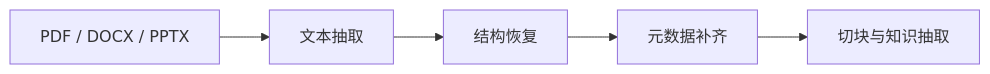
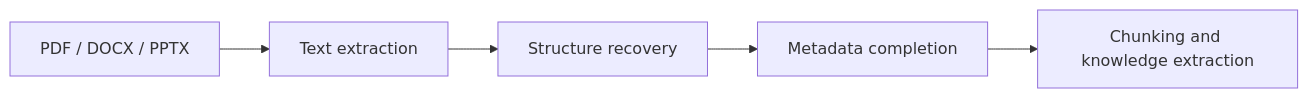
The diagram in docs/ch08-rag/ch03-app-dev/07-document-parsing.md (oudbiao/AI-fullstack-course), drawn with Mermaid before and after one commit. The commit also changed other lines of this file and 1406 other files, not shown here.

````diff
--- a/docs/ch08-rag/ch03-app-dev/07-document-parsing.md
+++ b/docs/ch08-rag/ch03-app-dev/07-document-parsing.md
@@ -36,7 +36,7 @@
 ```mermaid
 flowchart LR
-    A["PDF / DOCX / PPTX"] --> B["文本抽取"]
-    B --> C["结构恢复"]
-    C --> D["元数据补齐"]
-    D --> E["切块与知识抽取"]
+    A["PDF / DOCX / PPTX"] --> B["Text extraction"]
+    B --> C["Structure recovery"]
+    C --> D["Metadata completion"]
+    D --> E["Chunking and knowledge extraction"]
 ```
````
